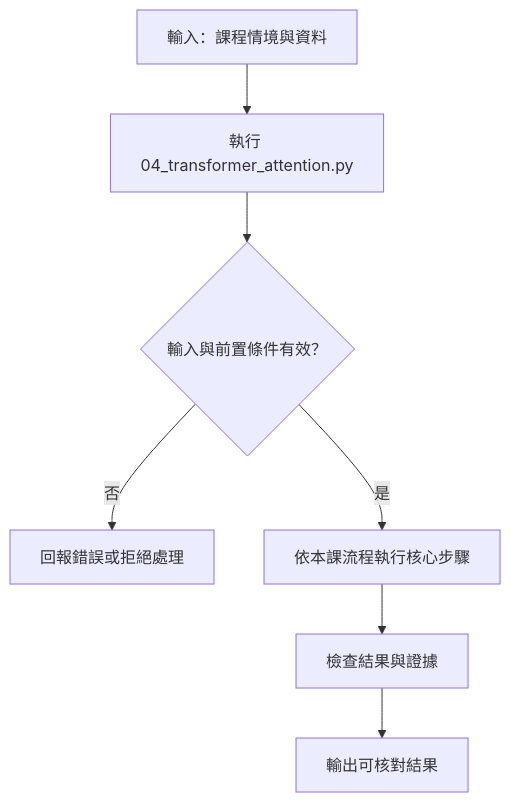
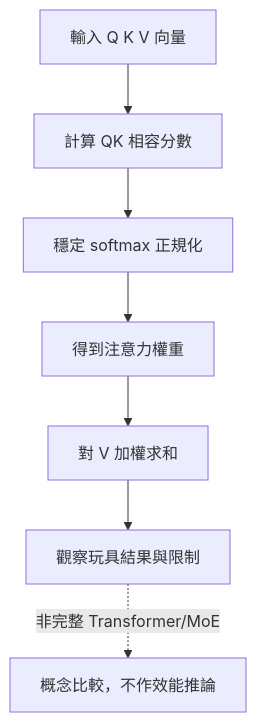
The diagram in 04-transformer-attention.md (4-learn/LLM-demo), drawn with Mermaid before and after one commit. The commit also changed other lines of this file and 66 other files, not shown here.

Commit message:
[pm] docs: expand lesson diagrams and fix course mapping (#17)

````diff
--- a/04-transformer-attention.md
+++ b/04-transformer-attention.md
@@ -9,9 +9,9 @@
 ```mermaid
 flowchart TD
-    A[輸入：課程情境與資料] --> B[執行 04_transformer_attention.py]
-    B --> C{輸入與前置條件有效？}
-    C -- 否 --> D[回報錯誤或拒絕處理]
-    C -- 是 --> E[依本課流程執行核心步驟]
-    E --> F[檢查結果與證據]
-    F --> G[輸出可核對結果]
+    A[輸入 Q K V 向量] --> B[計算 QK 相容分數]
+    B --> C[穩定 softmax 正規化]
+    C --> D[得到注意力權重]
+    D --> E[對 V 加權求和]
+    E --> F[觀察玩具結果與限制]
+    F -. 非完整 Transformer/MoE .-> G[概念比較，不作效能推論]
 ```
````
